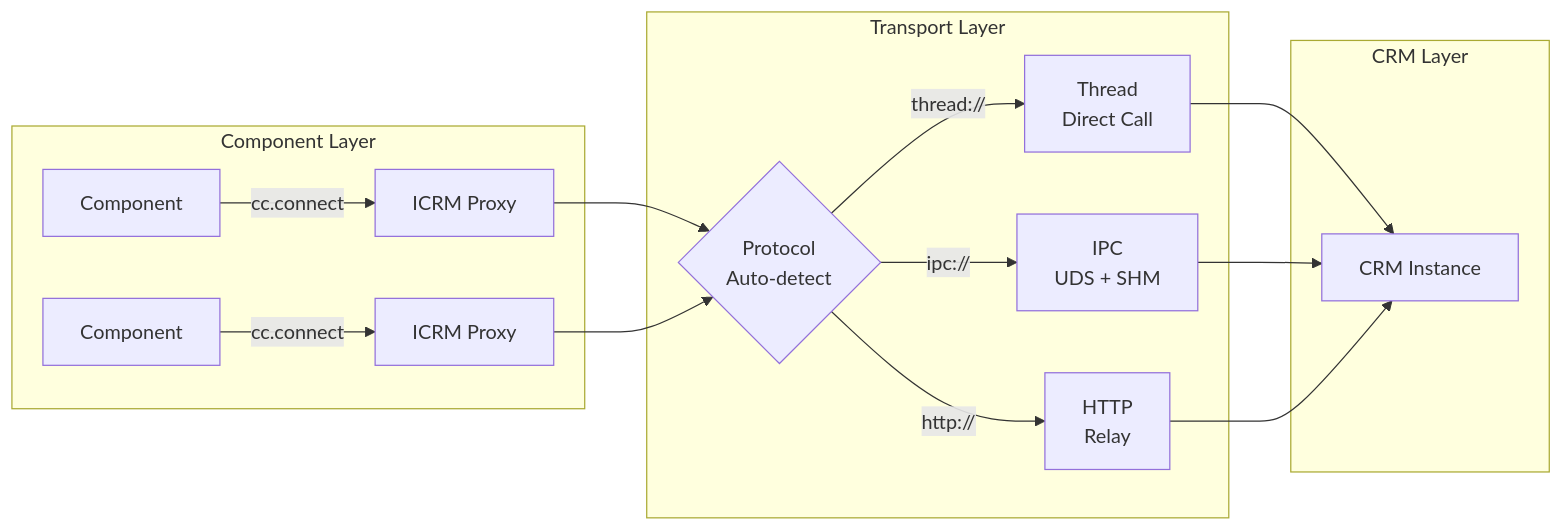
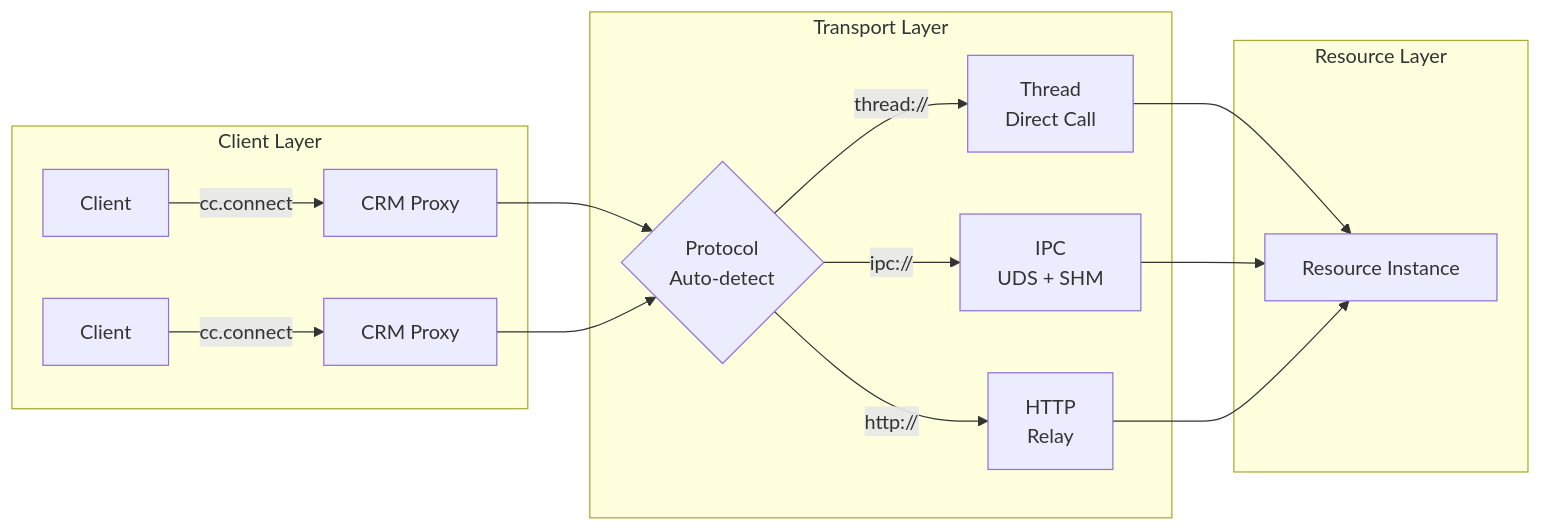
The diagram in README.md (world-in-progress/c-two), drawn with Mermaid before and after one commit. The commit also changed other lines of this file and 94 other files, not shown here.

````diff
--- a/README.md
+++ b/README.md
@@ -408,21 +470,21 @@
 ```mermaid
 graph LR
-    subgraph Component Layer
-        C1[Component] -->|cc.connect| P1[ICRM Proxy]
-        C2[Component] -->|cc.connect| P2[ICRM Proxy]
+    subgraph Client Layer
+        C1[Client] -->|cc.connect| P1[CRM Proxy]
+        C2[Client] -->|cc.connect| P2[CRM Proxy]
     end
 
     subgraph Transport Layer
         P1 --> T{Protocol<br/>Auto-detect}
         P2 --> T
         T -->|thread://| TH[Thread<br/>Direct Call]
         T -->|ipc://| IPC[IPC<br/>UDS + SHM]
         T -->|http://| HTTP[HTTP<br/>Relay]
     end
 
-    subgraph CRM Layer
-        TH --> CRM1[CRM Instance]
+    subgraph Resource Layer
+        TH --> CRM1[Resource Instance]
         IPC --> CRM1
         HTTP --> CRM1
     end
 ```
````
